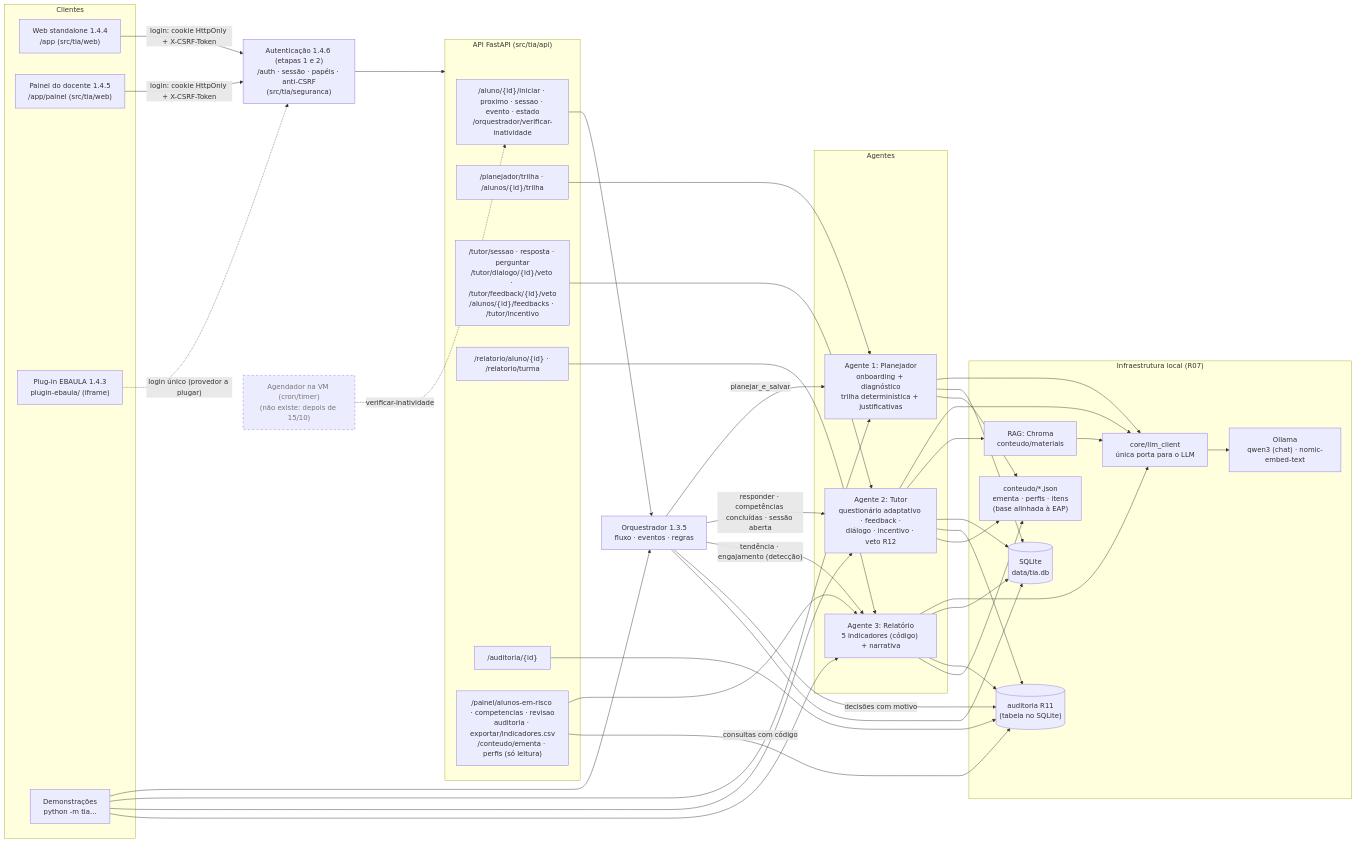
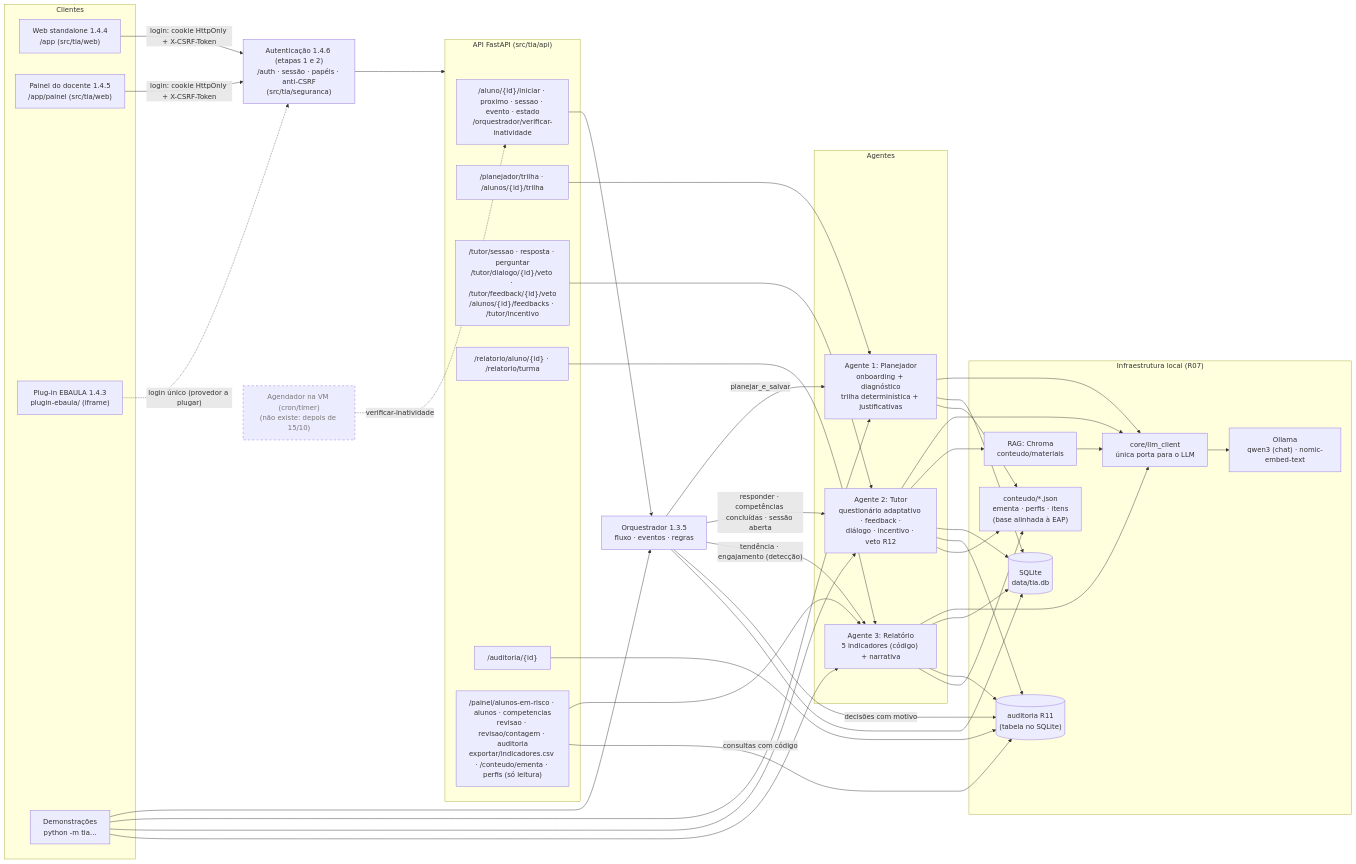
One commit to AdrianoPortes403/tia-projeto changed the first of 2 diagrams in docs/arquitetura/arquitetura.md. Above: the diagram before and after it, drawn with Mermaid. The commit also changed other lines of this file and 43 other files, not shown here.

````diff
--- a/docs/arquitetura/arquitetura.md
+++ b/docs/arquitetura/arquitetura.md
@@ -14,67 +14,67 @@
 ```mermaid
 flowchart LR
     subgraph Clientes
         WEB["Web standalone 1.4.4<br/>/app (src/tia/web)"]
         DASH["Painel do docente 1.4.5<br/>/app/painel (src/tia/web)"]
         EBA["Plug-in EBAULA 1.4.3<br/>plugin-ebaula/ (iframe)"]
         CLI["Demonstrações<br/>python -m tia..."]
     end
 
     AUTH["Autenticação 1.4.6 (etapas 1 e 2)<br/>/auth · sessão · papéis · anti-CSRF<br/>(src/tia/seguranca)"]
     CRON["Agendador na VM (cron/timer)<br/>(não existe: depois de 15/10)"]:::futuro
 
     subgraph API["API FastAPI (src/tia/api)"]
         RORQ["/aluno/{id}/iniciar · proximo · sessao · evento · estado<br/>/orquestrador/verificar-inatividade"]
         RPLAN["/planejador/trilha · /alunos/{id}/trilha"]
         RTUT["/tutor/sessao · resposta · perguntar<br/>/tutor/dialogo/{id}/veto · /tutor/feedback/{id}/veto<br/>/alunos/{id}/feedbacks · /tutor/incentivo"]
         RREL["/relatorio/aluno/{id} · /relatorio/turma"]
         RAUD["/auditoria/{id}"]
-        RPAI["/painel/alunos-em-risco · competencias · revisao<br/>auditoria · exportar/indicadores.csv<br/>/conteudo/ementa · perfis (só leitura)"]
+        RPAI["/painel/alunos-em-risco · alunos · competencias<br/>revisao · revisao/contagem · auditoria<br/>exportar/indicadores.csv · /conteudo/ementa · perfis (só leitura)"]
     end
 
     ORQ["Orquestrador 1.3.5<br/>fluxo · eventos · regras"]
 
     subgraph Agentes
         A1["Agente 1: Planejador<br/>onboarding + diagnóstico<br/>trilha determinística + justificativas"]
         A2["Agente 2: Tutor<br/>questionário adaptativo · feedback ·<br/>diálogo · incentivo · veto R12"]
         A3["Agente 3: Relatório<br/>5 indicadores (código) + narrativa"]
     end
 
     subgraph Infra["Infraestrutura local (R07)"]
         LLM["core/llm_client<br/>única porta para o LLM"]
         OLL["Ollama<br/>qwen3 (chat) · nomic-embed-text"]
         RAG["RAG: Chroma<br/>conteudo/materiais"]
         DB[("SQLite<br/>data/tia.db")]
         AUD[("auditoria R11<br/>(tabela no SQLite)")]
         CONT["conteudo/*.json<br/>ementa · perfis · itens<br/>(base alinhada à EAP)"]
     end
 
     WEB & DASH -->|"login: cookie HttpOnly + X-CSRF-Token"| AUTH --> API
     EBA -.->|"login único (provedor a plugar)"| AUTH
     CRON -.->|"verificar-inatividade"| RORQ
     CLI --> ORQ & A1 & A2 & A3
     RORQ --> ORQ
     RPLAN --> A1
     RTUT --> A2
     RREL --> A3
     RAUD --> AUD
     RPAI --> A3
     RPAI -->|"consultas com código"| AUD
 
     ORQ -->|"planejar_e_salvar"| A1
     ORQ -->|"responder · competências concluídas · sessão aberta"| A2
     ORQ -->|"tendência · engajamento (detecção)"| A3
     ORQ -->|"decisões com motivo"| AUD
 
     A1 --> LLM
     A2 --> LLM
     A3 --> LLM
     A2 --> RAG
     RAG --> LLM
     LLM --> OLL
     A1 & A2 & A3 & ORQ --> DB
     A2 & A3 --> AUD
     A1 & A2 & A3 --> CONT
 
     classDef futuro stroke-dasharray: 5 5,color:#777
 ```
````
